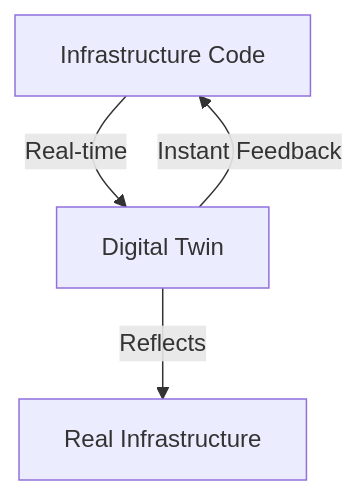
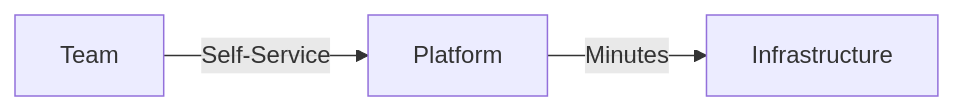
The second of 5 diagrams in pages/section-6.md (voioo/iac-pulumi-seminar), drawn with Mermaid before and after one commit. The commit also changed other lines of this file and 7 other files, not shown here.

````diff
--- a/pages/section-6.md
+++ b/pages/section-6.md
@@ -29,6 +48,5 @@
-```mermaid {scale: 0.7}
-flowchart TB
-    A[Infrastructure Code] -->|Real-time| B[Digital Twin]
-    B -->|Instant Feedback| A
-    B -->|Reflects| C[Real Infrastructure]
+```mermaid {scale: 0.8}
+flowchart LR
+    A[Team] -->|Self-Service| B[Platform]
+    B -->|Minutes| C[Infrastructure]
 ```
````
